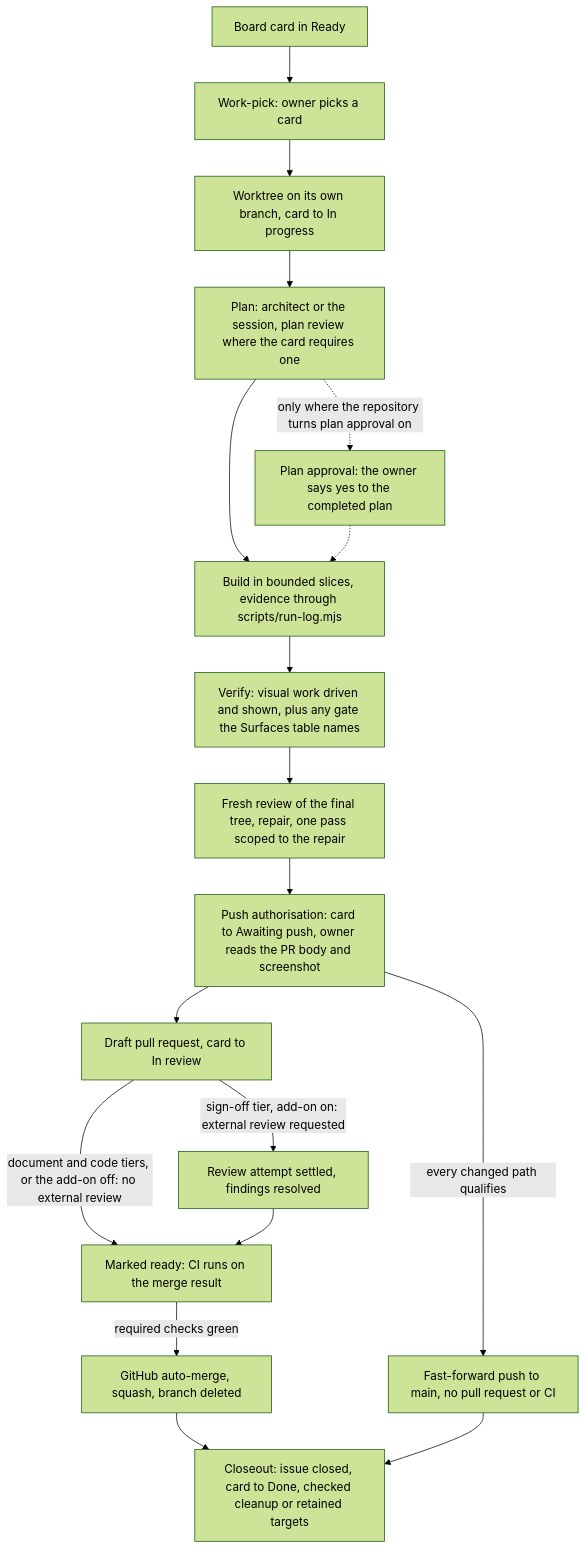
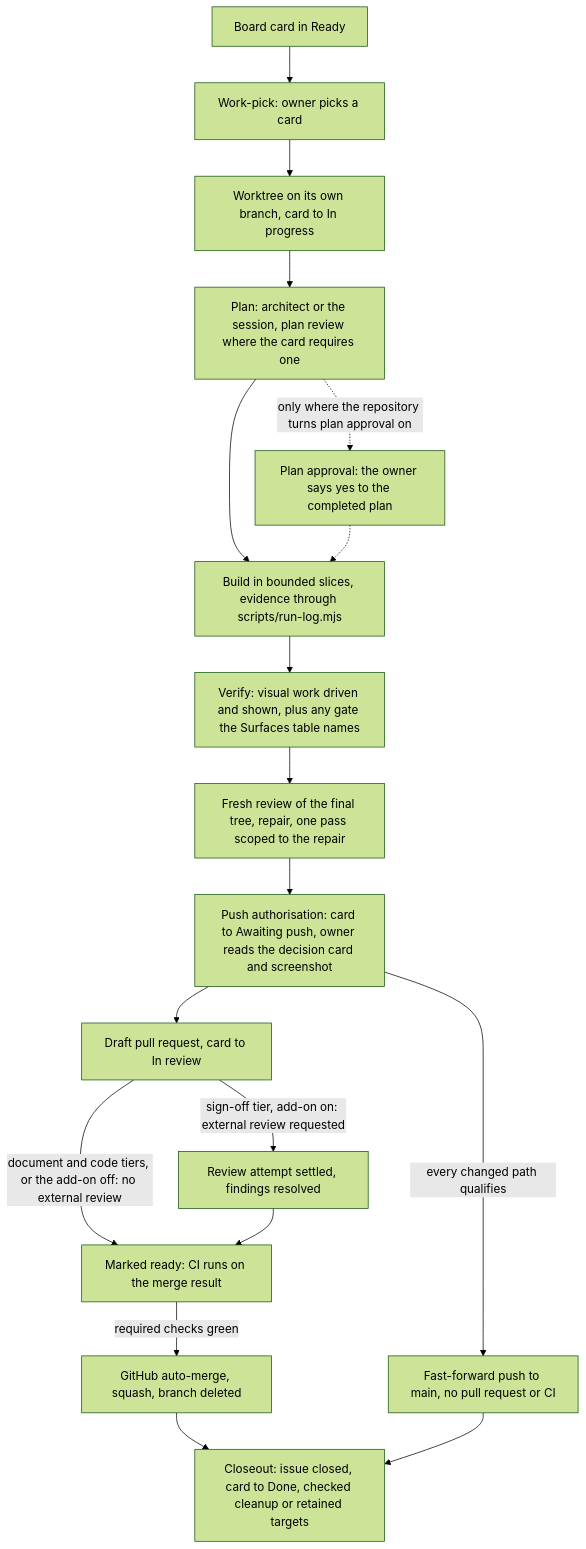
One commit to zaingulel/kestrel changed the diagram in docs/AI-WORKFLOW-job.md. Above: the diagram before and after it, drawn with Mermaid (forest theme). The commit also changed other lines of this file and 44 other files, not shown here.

````diff
--- a/docs/AI-WORKFLOW-job.md
+++ b/docs/AI-WORKFLOW-job.md
@@ -23,20 +23,20 @@
 ```mermaid
 flowchart TD
     C[Board card in Ready] --> WP[Work-pick: owner picks a card]
     WP --> WT[Worktree on its own branch, card to In progress]
     WT --> PL[Plan: architect or the session, plan review where the card requires one]
     PL --> BD[Build in bounded slices, evidence through scripts/run-log.mjs]
     PL -.->|only where the repository turns plan approval on| AP[Plan approval: the owner says yes to the completed plan]
     AP -.-> BD
     BD --> VR[Verify: visual work driven and shown, plus any gate the Surfaces table names]
     VR --> RV[Fresh review of the final tree, repair, one pass scoped to the repair]
-    RV --> PA[Push authorisation: card to Awaiting push, owner reads the PR body and screenshot]
+    RV --> PA[Push authorisation: card to Awaiting push, owner reads the decision card and screenshot]
     PA --> DR[Draft pull request, card to In review]
     PA -->|every changed path qualifies| FF[Fast-forward push to main, no pull request or CI]
     DR -->|document and code tiers, or the add-on off: no external review| RD[Marked ready: CI runs on the merge result]
     DR -->|sign-off tier, add-on on: external review requested| GR[Review attempt settled, findings resolved]
     GR --> RD
     RD -->|required checks green| MG[GitHub auto-merge, squash, branch deleted]
     MG --> CO[Closeout: issue closed, card to Done, checked cleanup or retained targets]
     FF --> CO
 ```
````
